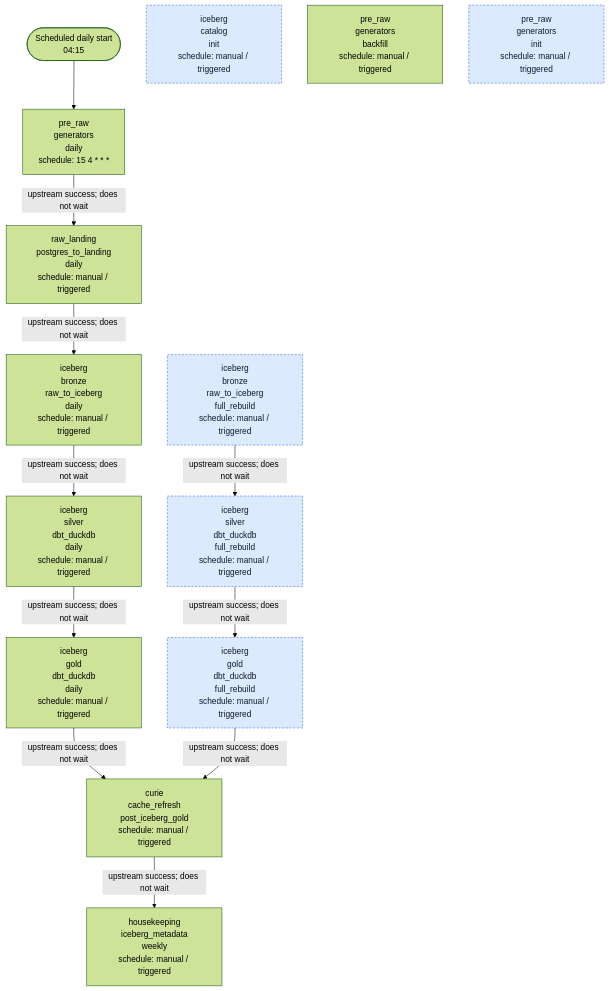
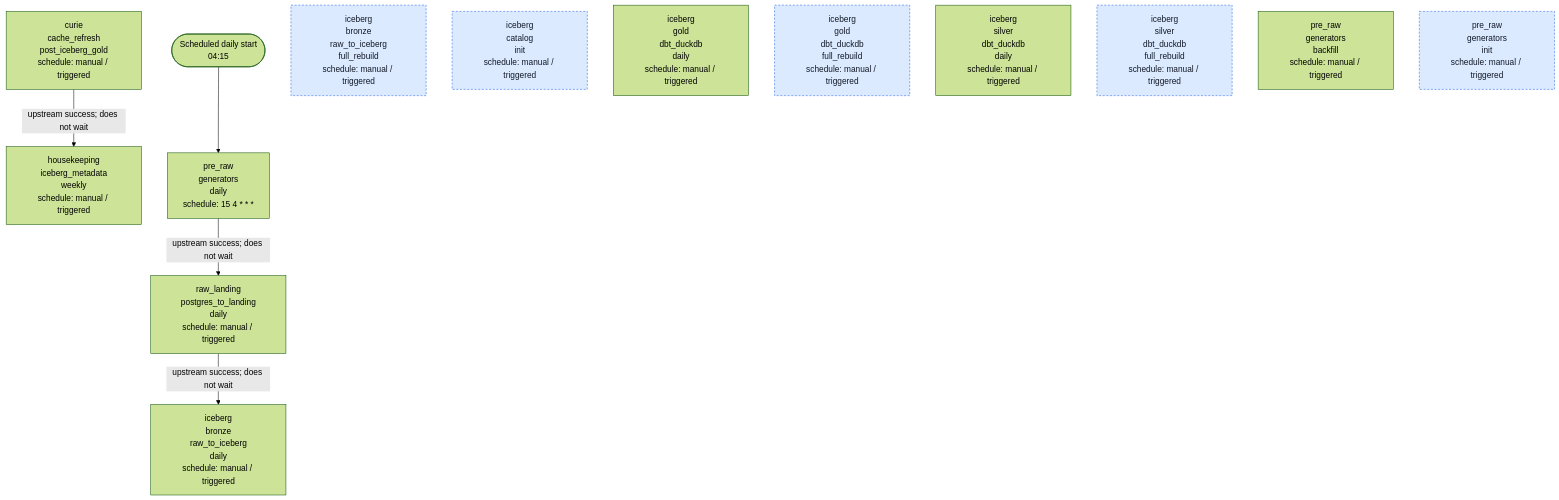
The diagram in docs/dataflow/diagrams/airflow_dags.mmd (AntonMiniazev/ampere_project), drawn with Mermaid (forest theme) before and after one commit. The commit also changed 52 other files, not shown here.

Commit message:
feat(iceberg): journal source changes into raw

```diff
--- a/docs/dataflow/diagrams/airflow_dags.mmd
+++ b/docs/dataflow/diagrams/airflow_dags.mmd
@@ -1,33 +1,27 @@
 flowchart TD
     START(["Scheduled daily start<br/>04:15"])
     D_AMPERE__CURIE__CACHE_REFRESH__POST_ICEBERG_GOLD["curie<br/>cache_refresh<br/>post_iceberg_gold<br/>schedule: manual / triggered"]
     D_AMPERE__HOUSEKEEPING__ICEBERG_METADATA__WEEKLY["housekeeping<br/>iceberg_metadata<br/>weekly<br/>schedule: manual / triggered"]
     D_AMPERE__ICEBERG__BRONZE__RAW_TO_ICEBERG__DAILY["iceberg<br/>bronze<br/>raw_to_iceberg<br/>daily<br/>schedule: manual / triggered"]
     D_AMPERE__ICEBERG__BRONZE__RAW_TO_ICEBERG__FULL_REBUILD["iceberg<br/>bronze<br/>raw_to_iceberg<br/>full_rebuild<br/>schedule: manual / triggered"]
     D_AMPERE__ICEBERG__CATALOG__INIT["iceberg<br/>catalog<br/>init<br/>schedule: manual / triggered"]
     D_AMPERE__ICEBERG__GOLD__DBT_DUCKDB__DAILY["iceberg<br/>gold<br/>dbt_duckdb<br/>daily<br/>schedule: manual / triggered"]
     D_AMPERE__ICEBERG__GOLD__DBT_DUCKDB__FULL_REBUILD["iceberg<br/>gold<br/>dbt_duckdb<br/>full_rebuild<br/>schedule: manual / triggered"]
     D_AMPERE__ICEBERG__SILVER__DBT_DUCKDB__DAILY["iceberg<br/>silver<br/>dbt_duckdb<br/>daily<br/>schedule: manual / triggered"]
     D_AMPERE__ICEBERG__SILVER__DBT_DUCKDB__FULL_REBUILD["iceberg<br/>silver<br/>dbt_duckdb<br/>full_rebuild<br/>schedule: manual / triggered"]
     D_AMPERE__PRE_RAW__GENERATORS__BACKFILL["pre_raw<br/>generators<br/>backfill<br/>schedule: manual / triggered"]
     D_AMPERE__PRE_RAW__GENERATORS__DAILY["pre_raw<br/>generators<br/>daily<br/>schedule: 15 4 * * *"]
     D_AMPERE__PRE_RAW__GENERATORS__INIT["pre_raw<br/>generators<br/>init<br/>schedule: manual / triggered"]
     D_AMPERE__RAW_LANDING__POSTGRES_TO_LANDING__DAILY["raw_landing<br/>postgres_to_landing<br/>daily<br/>schedule: manual / triggered"]
 
     START --> D_AMPERE__PRE_RAW__GENERATORS__DAILY
     D_AMPERE__CURIE__CACHE_REFRESH__POST_ICEBERG_GOLD -->|"upstream success; does not wait"| D_AMPERE__HOUSEKEEPING__ICEBERG_METADATA__WEEKLY
-    D_AMPERE__ICEBERG__BRONZE__RAW_TO_ICEBERG__DAILY -->|"upstream success; does not wait"| D_AMPERE__ICEBERG__SILVER__DBT_DUCKDB__DAILY
-    D_AMPERE__ICEBERG__BRONZE__RAW_TO_ICEBERG__FULL_REBUILD -->|"upstream success; does not wait"| D_AMPERE__ICEBERG__SILVER__DBT_DUCKDB__FULL_REBUILD
-    D_AMPERE__ICEBERG__GOLD__DBT_DUCKDB__DAILY -->|"upstream success; does not wait"| D_AMPERE__CURIE__CACHE_REFRESH__POST_ICEBERG_GOLD
-    D_AMPERE__ICEBERG__GOLD__DBT_DUCKDB__FULL_REBUILD -->|"upstream success; does not wait"| D_AMPERE__CURIE__CACHE_REFRESH__POST_ICEBERG_GOLD
-    D_AMPERE__ICEBERG__SILVER__DBT_DUCKDB__DAILY -->|"upstream success; does not wait"| D_AMPERE__ICEBERG__GOLD__DBT_DUCKDB__DAILY
-    D_AMPERE__ICEBERG__SILVER__DBT_DUCKDB__FULL_REBUILD -->|"upstream success; does not wait"| D_AMPERE__ICEBERG__GOLD__DBT_DUCKDB__FULL_REBUILD
     D_AMPERE__PRE_RAW__GENERATORS__DAILY -->|"upstream success; does not wait"| D_AMPERE__RAW_LANDING__POSTGRES_TO_LANDING__DAILY
     D_AMPERE__RAW_LANDING__POSTGRES_TO_LANDING__DAILY -->|"upstream success; does not wait"| D_AMPERE__ICEBERG__BRONZE__RAW_TO_ICEBERG__DAILY
 
     D_AMPERE__PRE_RAW__GENERATORS__INIT:::manual
     D_AMPERE__ICEBERG__CATALOG__INIT:::manual
     D_AMPERE__ICEBERG__BRONZE__RAW_TO_ICEBERG__FULL_REBUILD:::manual
     D_AMPERE__ICEBERG__SILVER__DBT_DUCKDB__FULL_REBUILD:::manual
     D_AMPERE__ICEBERG__GOLD__DBT_DUCKDB__FULL_REBUILD:::manual
     classDef manual fill:#dbeafe,stroke:#2563eb,color:#111827,stroke-dasharray: 4 3
```
